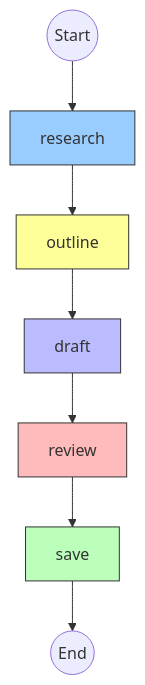
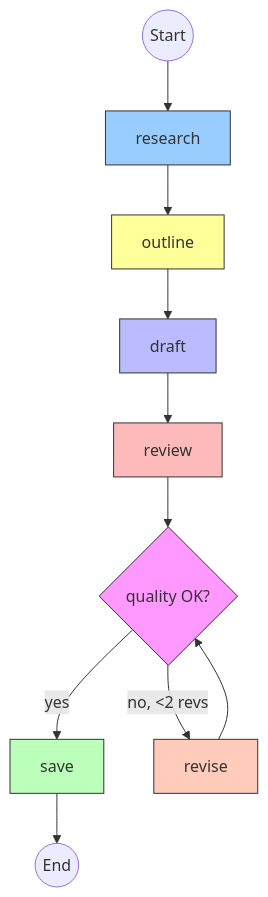
The tenth of 12 diagrams in apps/knowledge/README.md (v9ai/ai-apps), drawn with Mermaid before and after one commit. The commit also changed other lines of this file and 10 other files, not shown here.

````diff
--- a/apps/knowledge/README.md
+++ b/apps/knowledge/README.md
@@ -314,15 +314,20 @@
 ```mermaid
 graph TD
     START((Start)) --> research
     research --> outline
     outline --> draft
     draft --> review
-    review --> save
+    review --> revise_loop{quality OK?}
+    revise_loop -->|"yes"| save
+    revise_loop -->|"no, <2 revs"| revise
+    revise --> revise_loop
     save --> END((End))
 
     style research fill:#9cf,stroke:#333
     style outline fill:#ff9,stroke:#333
     style draft fill:#bbf,stroke:#333
     style review fill:#fbb,stroke:#333
+    style revise_loop fill:#f9f,stroke:#333
+    style revise fill:#fcb,stroke:#333
     style save fill:#bfb,stroke:#333
 ```
````
